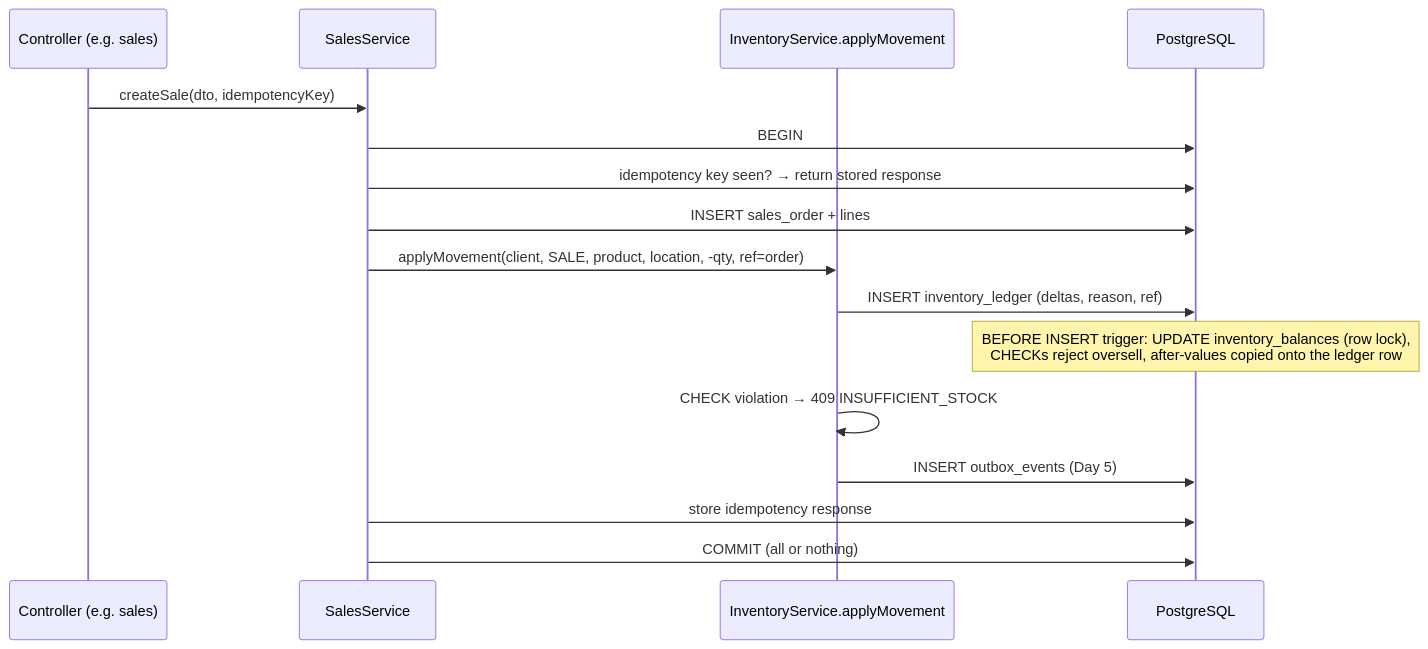
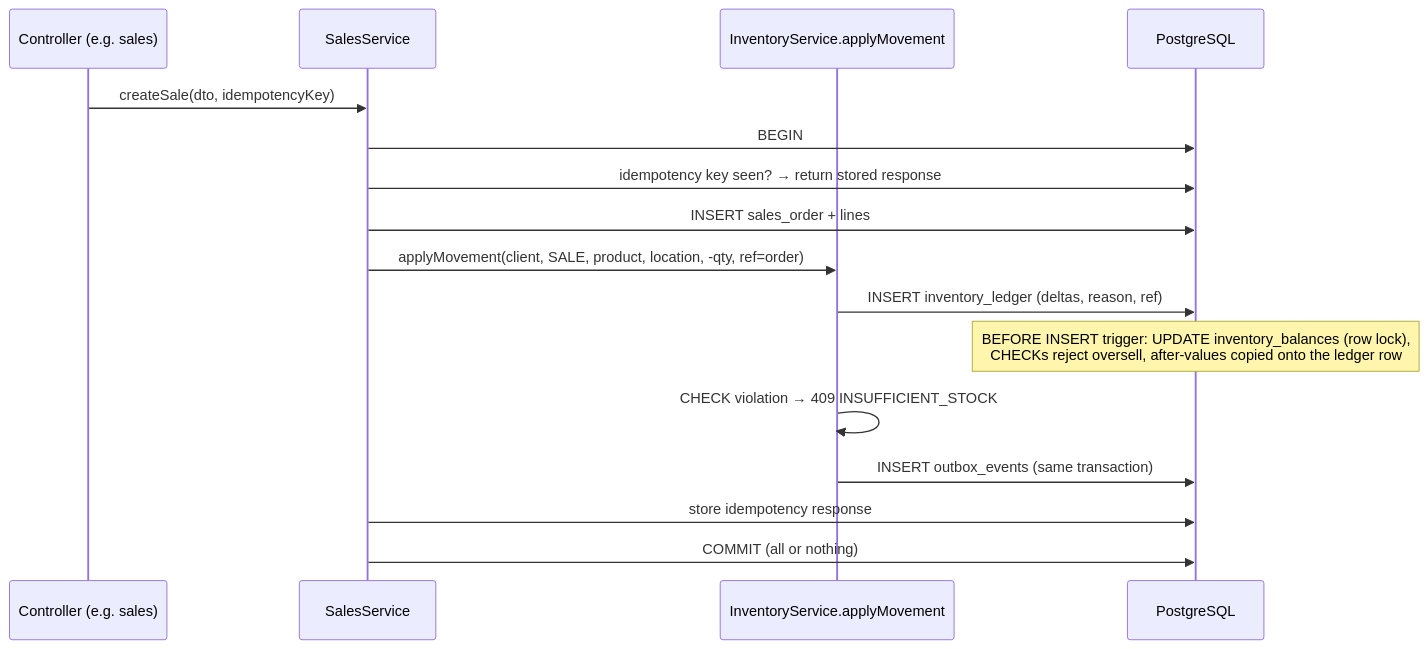
Before and after one commit to Hirockpaul/RetailPulse: the third of 6 diagrams in docs/ARCHITECTURE.md, drawn with Mermaid. The commit also changed other lines of this file and 41 other files, not shown here.

First line of the commit message:
feat: Day 5 — transactional outbox, in-API event worker, low-stock alerts (no Kafka)

````diff
--- a/docs/ARCHITECTURE.md
+++ b/docs/ARCHITECTURE.md
@@ -108,19 +109,19 @@
 ```mermaid
 sequenceDiagram
   participant C as Controller (e.g. sales)
   participant S as SalesService
   participant I as InventoryService.applyMovement
   participant DB as PostgreSQL
 
   C->>S: createSale(dto, idempotencyKey)
   S->>DB: BEGIN
   S->>DB: idempotency key seen? → return stored response
   S->>DB: INSERT sales_order + lines
   S->>I: applyMovement(client, SALE, product, location, -qty, ref=order)
   I->>DB: INSERT inventory_ledger (deltas, reason, ref)
   Note over DB: BEFORE INSERT trigger: UPDATE inventory_balances (row lock),<br/>CHECKs reject oversell, after-values copied onto the ledger row
   I->>I: CHECK violation → 409 INSUFFICIENT_STOCK
-  I->>DB: INSERT outbox_events (Day 5)
+  I->>DB: INSERT outbox_events (same transaction)
   S->>DB: store idempotency response
   S->>DB: COMMIT  (all or nothing)
 ```
````
